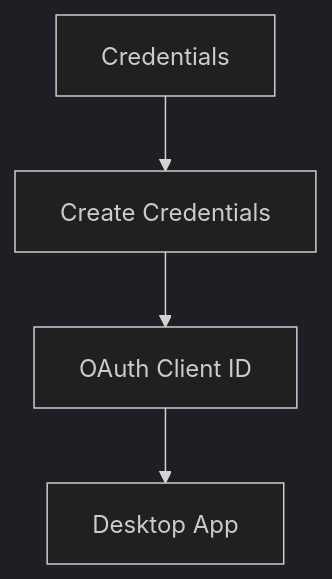
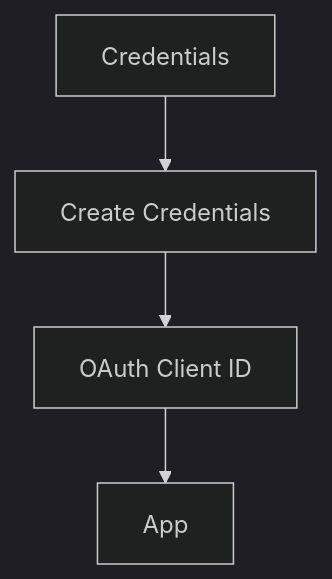
One commit to AgungPambudi/social-spammers-detection changed the diagram in README.md. Above: the diagram before and after it, drawn with Mermaid (dark theme).

````diff
--- a/README.md
+++ b/README.md
@@ -29,6 +29,6 @@
 ```mermaid
 graph TD
     A[Credentials] --> B[Create Credentials]
     B --> C[OAuth Client ID]
-    C --> D[Desktop App]
+    C --> D[App]
 ```
````
